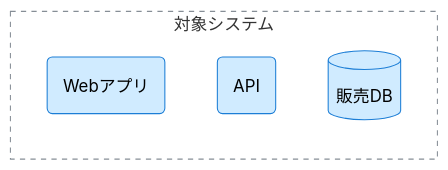
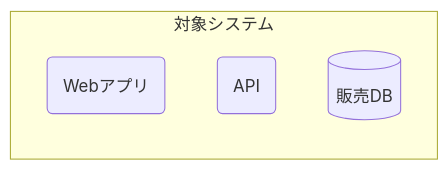
Before and after one commit to specdojo/specdojo: the sixth of 8 diagrams in docs/ja/specdojo/rulebooks/cnd-mermaid-rulebook.md, drawn with Mermaid. The commit also changed other lines of this file and 7 other files, not shown here.

````diff
--- a/docs/ja/specdojo/rulebooks/cnd-mermaid-rulebook.md
+++ b/docs/ja/specdojo/rulebooks/cnd-mermaid-rulebook.md
@@ -159,12 +128,8 @@
 ```mermaid
 flowchart LR
   subgraph 境界["対象システム"]
     Webアプリ("Webアプリ")
     API("API")
     販売DB[("販売DB")]
   end
-
-  classDef system fill:#d0ebff,stroke:#1c7ed6,color:#000;
-  class Webアプリ,API,販売DB system;
-  style 境界 fill:#ffffff,fill-opacity:0,stroke:#868e96,stroke-width:1px,stroke-dasharray: 5 5;
 ```
````
